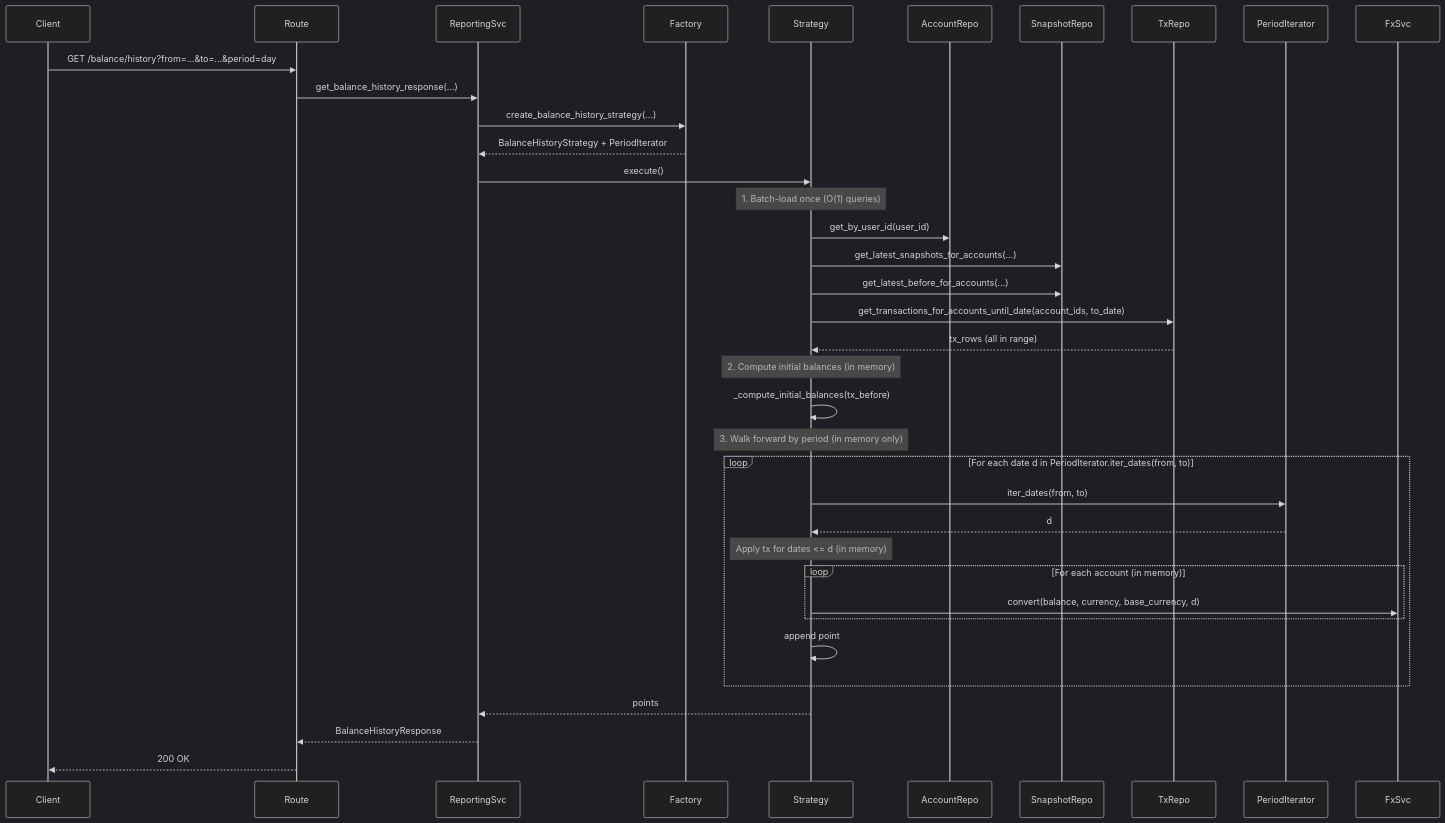
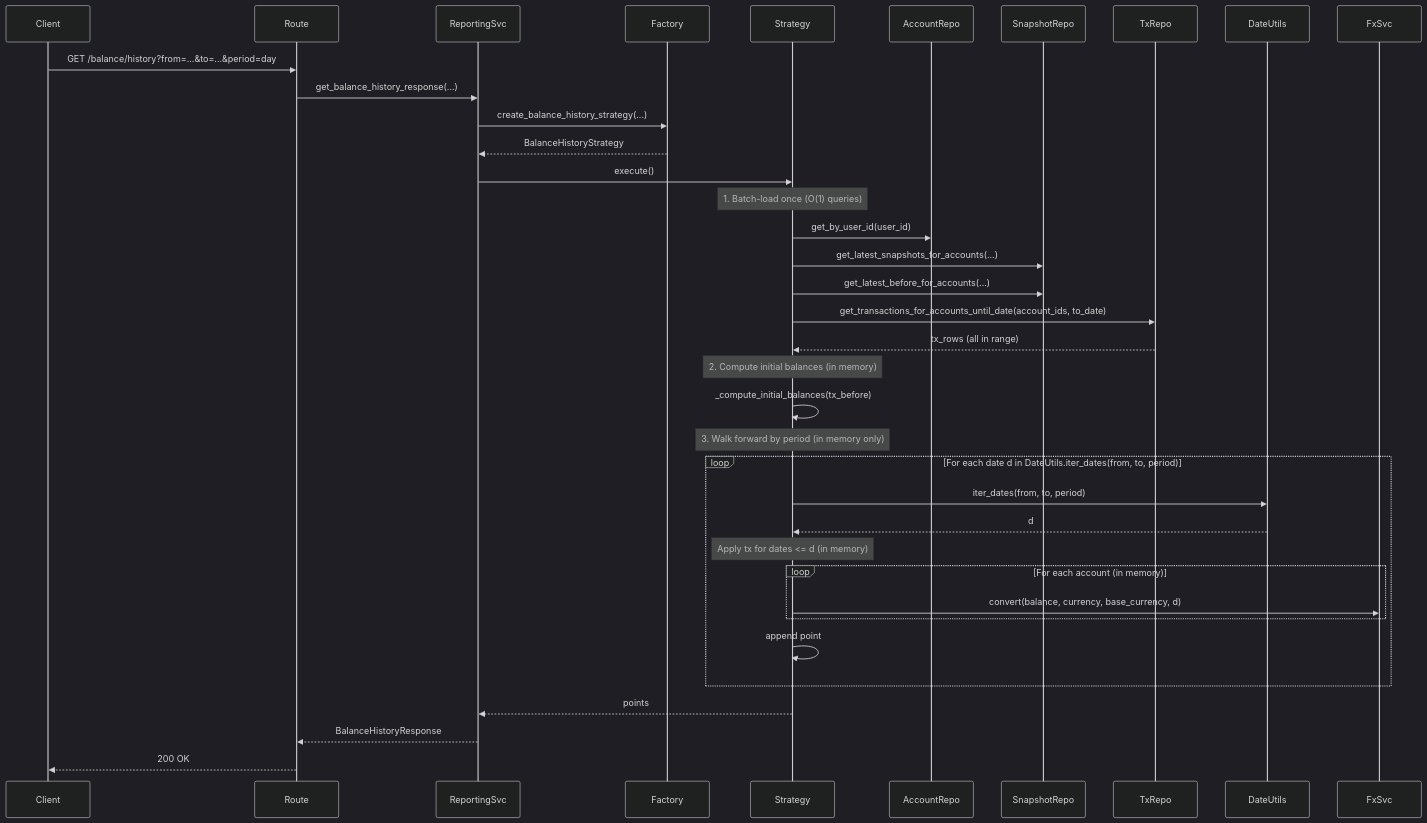
One commit to robz-code/smart-finances-back changed the fourth of 6 diagrams in docs/BalanceEngineDiagrams.md. Above: the diagram before and after it, drawn with Mermaid (dark theme). The commit also changed 8 other files, not shown here.

First line of the commit message:
Refactor balance engine to remove period iterator strategies and centralize date iteration logic

````diff
--- a/docs/BalanceEngineDiagrams.md
+++ b/docs/BalanceEngineDiagrams.md
@@ -205,46 +205,46 @@
 ```mermaid
 sequenceDiagram
     participant Client
     participant Route
     participant ReportingSvc
     participant Factory
     participant Strategy
     participant AccountRepo
     participant SnapshotRepo
     participant TxRepo
-    participant PeriodIterator
+    participant DateUtils
     participant FxSvc
 
     Client->>Route: GET /balance/history?from=...&to=...&period=day
     Route->>ReportingSvc: get_balance_history_response(...)
 
     ReportingSvc->>Factory: create_balance_history_strategy(...)
-    Factory-->>ReportingSvc: BalanceHistoryStrategy + PeriodIterator
+    Factory-->>ReportingSvc: BalanceHistoryStrategy
 
     ReportingSvc->>Strategy: execute()
 
     Note over Strategy: 1. Batch-load once (O(1) queries)
     Strategy->>AccountRepo: get_by_user_id(user_id)
     Strategy->>SnapshotRepo: get_latest_snapshots_for_accounts(...)
     Strategy->>SnapshotRepo: get_latest_before_for_accounts(...)
     Strategy->>TxRepo: get_transactions_for_accounts_until_date(account_ids, to_date)
     TxRepo-->>Strategy: tx_rows (all in range)
 
     Note over Strategy: 2. Compute initial balances (in memory)
     Strategy->>Strategy: _compute_initial_balances(tx_before)
 
     Note over Strategy: 3. Walk forward by period (in memory only)
-    loop For each date d in PeriodIterator.iter_dates(from, to)
-        Strategy->>PeriodIterator: iter_dates(from, to)
-        PeriodIterator-->>Strategy: d
+    loop For each date d in DateUtils.iter_dates(from, to, period)
+        Strategy->>DateUtils: iter_dates(from, to, period)
+        DateUtils-->>Strategy: d
         Note over Strategy: Apply tx for dates <= d (in memory)
         loop For each account (in memory)
             Strategy->>FxSvc: convert(balance, currency, base_currency, d)
         end
         Strategy->>Strategy: append point
     end
 
     Strategy-->>ReportingSvc: points
     ReportingSvc-->>Route: BalanceHistoryResponse
     Route-->>Client: 200 OK
 ```
````
